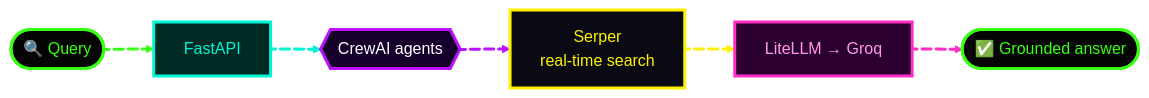
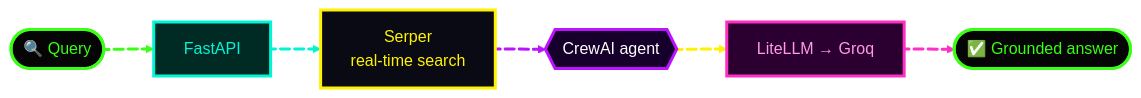
Before and after one commit to priyanshi17112007/priyanshi17112007: the third of 8 diagrams in README.md, drawn with Mermaid. The commit also changed other lines of this file, not shown here.

````diff
--- a/README.md
+++ b/README.md
@@ -173,24 +176,24 @@
 ```mermaid
 %%{init: {'theme':'base','themeVariables':{'background':'#050505','primaryColor':'#0a0a14','primaryTextColor':'#39FF14','primaryBorderColor':'#BC13FE','lineColor':'#BC13FE','fontFamily':'monospace'},'flowchart':{'curve':'basis'}}}%%
 flowchart LR
     Q([🔍 Query]):::n1 e1@==> API[FastAPI]:::n2
-    API e2@==> CREW{{CrewAI agents}}:::n3
-    CREW e3@==> S[Serper<br/>real-time search]:::n4
-    S e4@==> LLM[LiteLLM → Groq]:::n5
+    API e2@==> S[Serper<br/>real-time search]:::n4
+    S e3@==> CREW{{CrewAI agent}}:::n3
+    CREW e4@==> LLM[LiteLLM → Groq]:::n5
     LLM e5@==> A([✅ Grounded answer]):::n1
     e1@{ animate: true, animation: fast }
     e2@{ animate: true, animation: fast }
     e3@{ animate: true, animation: fast }
     e4@{ animate: true, animation: fast }
     e5@{ animate: true, animation: fast }
     classDef n1 fill:#050505,stroke:#39FF14,stroke-width:3px,color:#39FF14;
     classDef n2 fill:#002B25,stroke:#00F5D4,stroke-width:3px,color:#00F5D4;
     classDef n3 fill:#16002B,stroke:#BC13FE,stroke-width:3px,color:#fff;
     classDef n4 fill:#0a0a14,stroke:#fff200,stroke-width:3px,color:#fff200;
     classDef n5 fill:#2b0030,stroke:#ff2ec4,stroke-width:3px,color:#ff9ae6;
     linkStyle 0 stroke:#39FF14,stroke-width:3px;
     linkStyle 1 stroke:#00F5D4,stroke-width:3px;
     linkStyle 2 stroke:#BC13FE,stroke-width:3px;
     linkStyle 3 stroke:#fff200,stroke-width:3px;
     linkStyle 4 stroke:#ff2ec4,stroke-width:3px;
 ```
````
